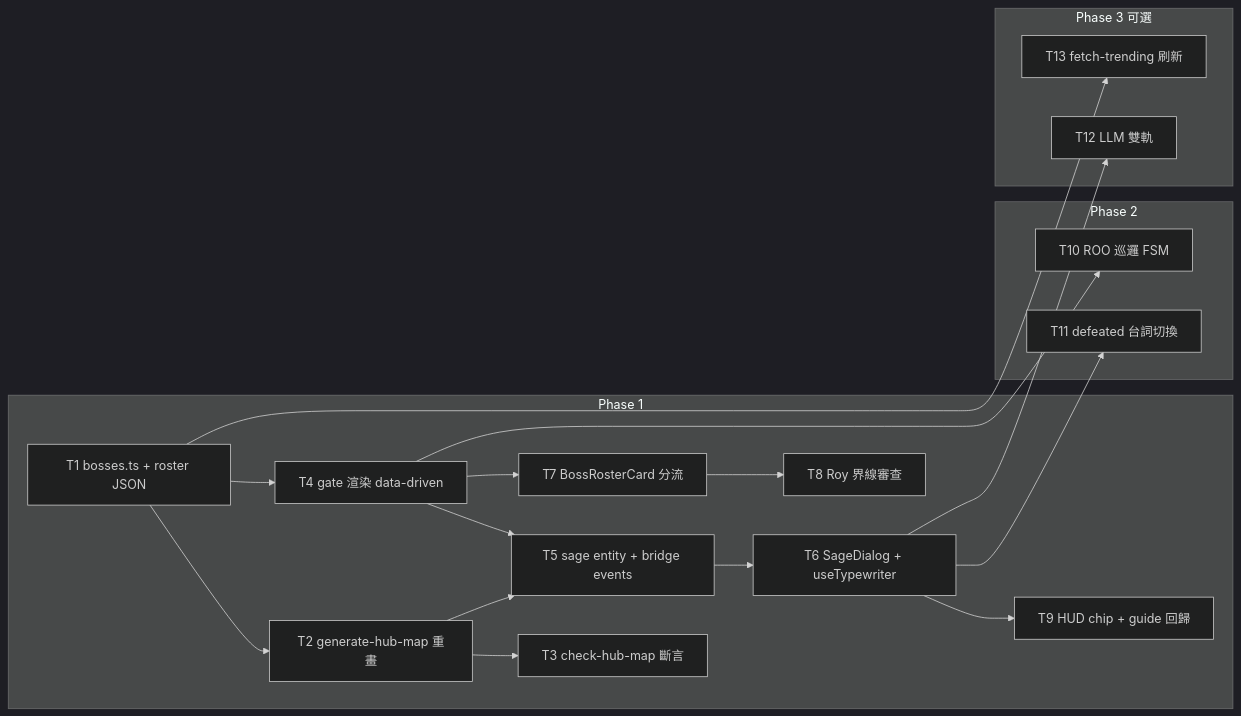
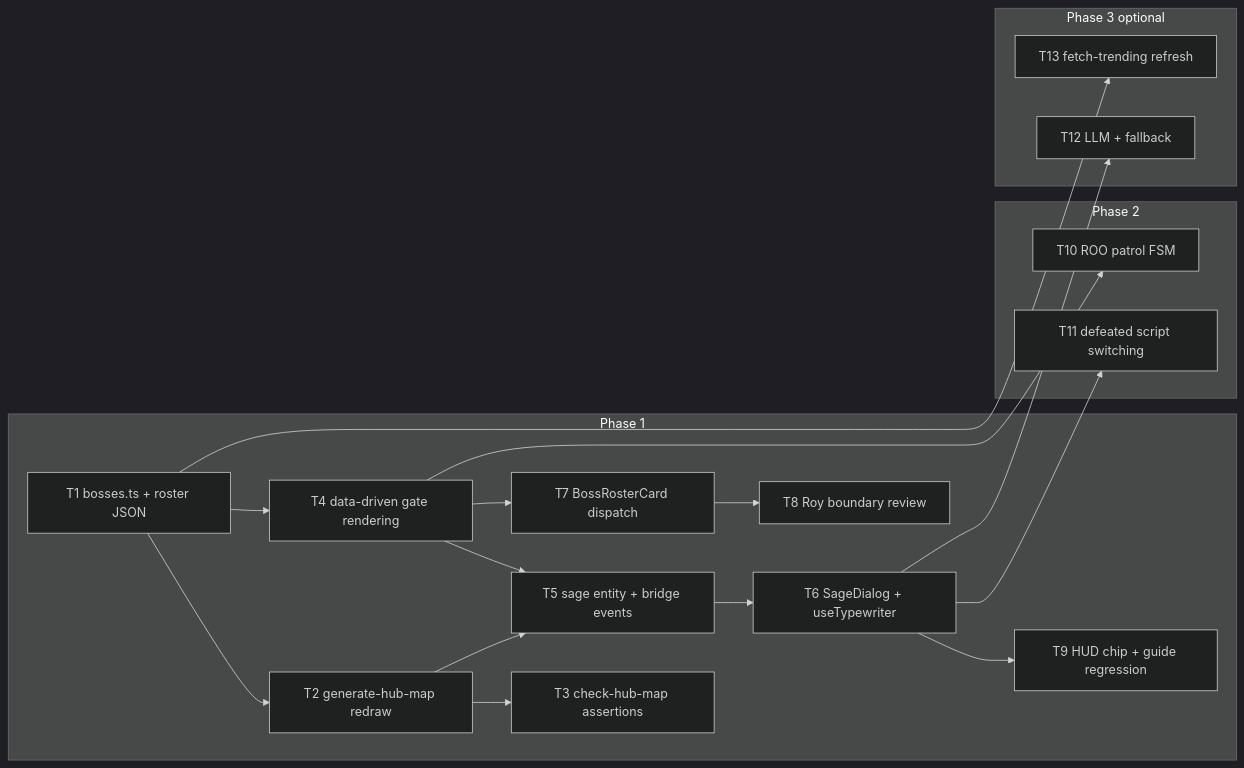
The second of 2 diagrams in docs/superpowers/plans/2026-09-26-boss-roster-hub-plan.md (0xroylee/eth-global-2026-tokyo), drawn with Mermaid (dark theme) before and after one commit. The commit also changed other lines of this file and 12 other files, not shown here.

````diff
--- a/docs/superpowers/plans/2026-09-26-boss-roster-hub-plan.md
+++ b/docs/superpowers/plans/2026-09-26-boss-roster-hub-plan.md
@@ -451,25 +443,25 @@
 ```mermaid
 flowchart LR
-    A[T1 bosses.ts + roster JSON] --> B[T2 generate-hub-map 重畫]
-    B --> C[T3 check-hub-map 斷言]
-    A --> D[T4 gate 渲染 data-driven]
+    A[T1 bosses.ts + roster JSON] --> B[T2 generate-hub-map redraw]
+    B --> C[T3 check-hub-map assertions]
+    A --> D[T4 data-driven gate rendering]
     B --> E[T5 sage entity + bridge events]
     D --> E
     E --> F[T6 SageDialog + useTypewriter]
-    D --> G[T7 BossRosterCard 分流]
-    G --> H[T8 Roy 界線審查]
-    F --> I[T9 HUD chip + guide 回歸]
+    D --> G[T7 BossRosterCard dispatch]
+    G --> H[T8 Roy boundary review]
+    F --> I[T9 HUD chip + guide regression]
     subgraph Phase 1
         A; B; C; D; E; F; G; H; I
     end
-    D --> J[T10 ROO 巡邏 FSM]
-    F --> K[T11 defeated 台詞切換]
+    D --> J[T10 ROO patrol FSM]
+    F --> K[T11 defeated script switching]
     subgraph Phase 2
         J; K
     end
-    F --> L[T12 LLM 雙軌]
-    A --> M[T13 fetch-trending 刷新]
-    subgraph Phase 3 可選
+    F --> L[T12 LLM + fallback]
+    A --> M[T13 fetch-trending refresh]
+    subgraph Phase 3 optional
         L; M
     end
 ```
````
